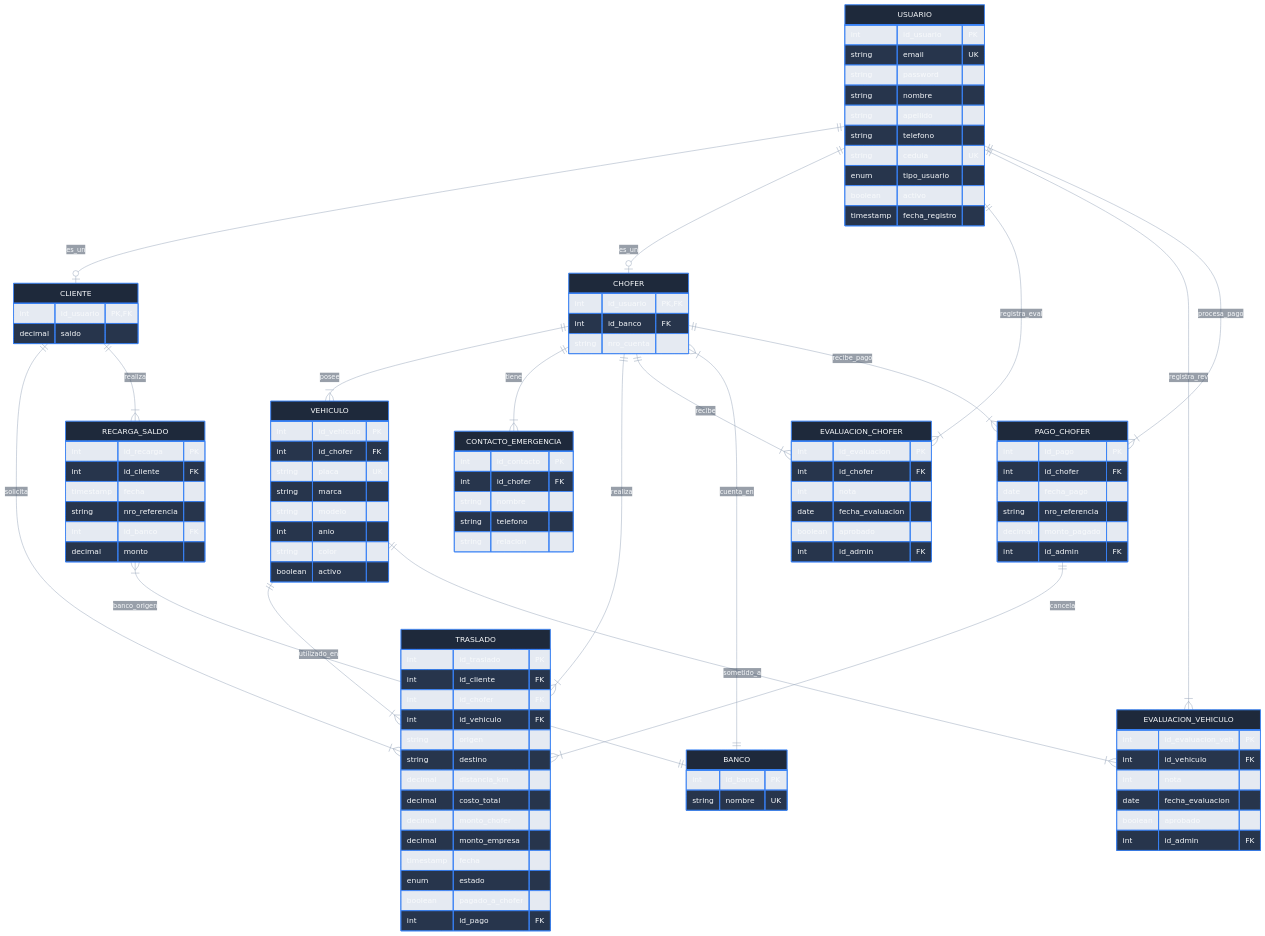
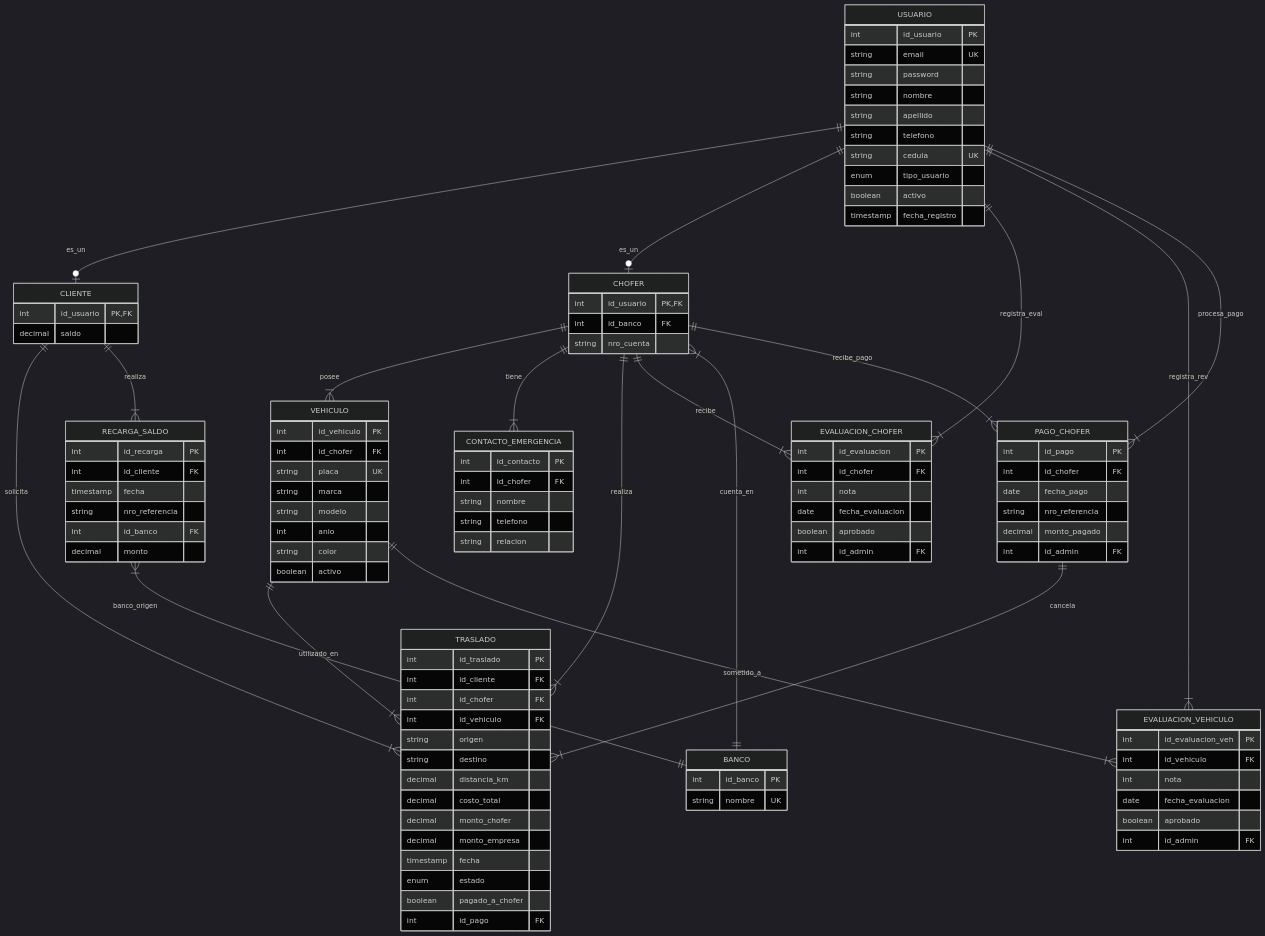
Before and after one commit to Abraham-Orta/Decarrerita-DB: the diagram in docs/diseno_db.md, drawn with Mermaid.

````diff
--- a/docs/diseno_db.md
+++ b/docs/diseno_db.md
@@ -81,16 +81,5 @@
 ```mermaid
-%%{init: {
-  'theme': 'base',
-  'themeVariables': {
-    'primaryColor': '#1e293b',
-    'primaryTextColor': '#f8fafc',
-    'primaryBorderColor': '#3b82f6',
-    'lineColor': '#94a3b8',
-    'secondaryColor': '#0f172a',
-    'tertiaryColor': '#334155',
-    'fontFamily': 'Inter, sans-serif'
-  }
-}}%%
+%%{init: {'theme': 'dark'}}%%
 erDiagram
     %% ==========================================
     %% ENTIDADES PRINCIPALES (NÚCLEO)
````
